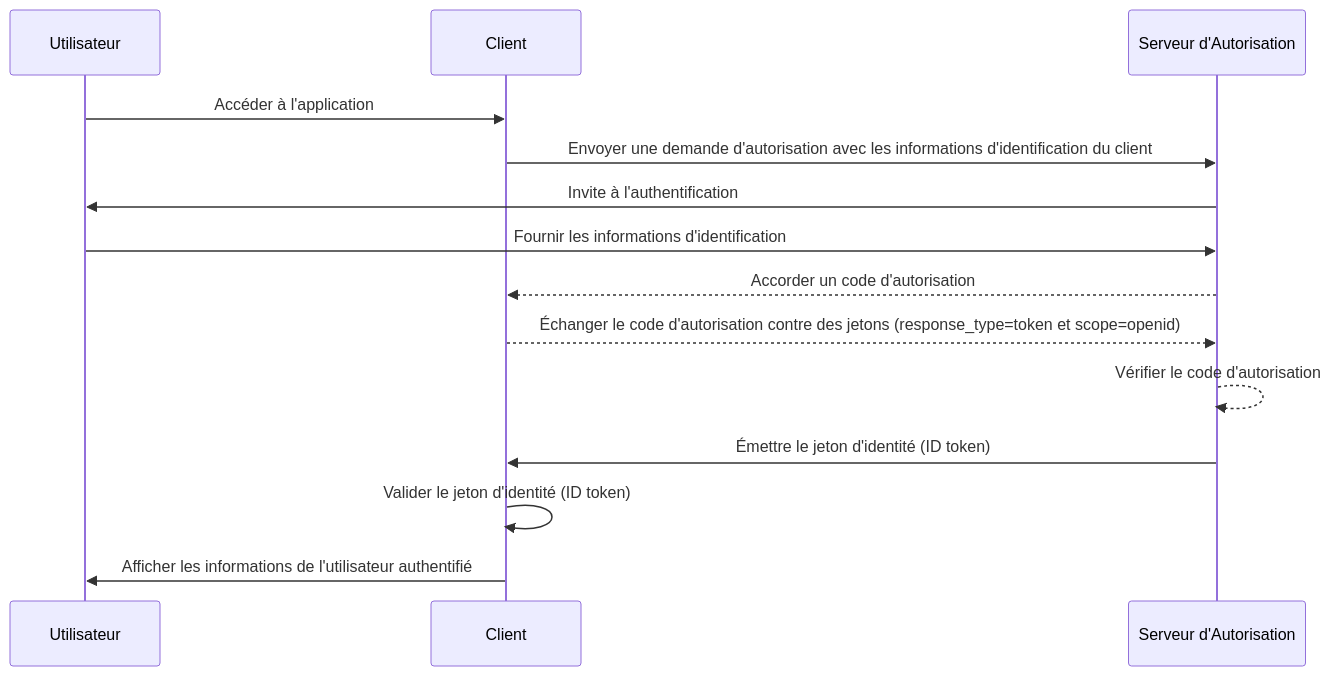
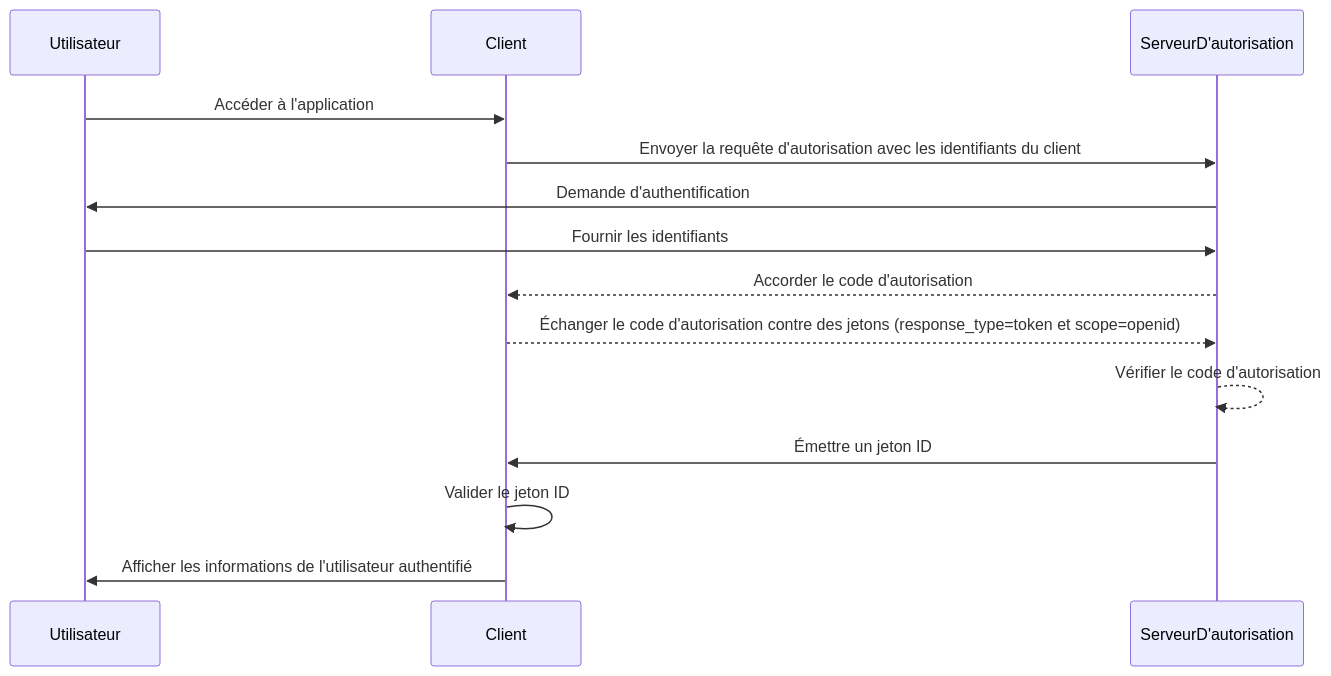
One commit to logto-io/auth-wiki changed the diagram in src/content/terms/fr/id-token.mdx. Above: the diagram before and after it, drawn with Mermaid. The commit also changed other lines of this file and 48 other files, not shown here.

````diff
--- a/src/content/terms/fr/id-token.mdx
+++ b/src/content/terms/fr/id-token.mdx
@@ -19,17 +19,17 @@
 ```mermaid
 sequenceDiagram
-    participant User as Utilisateur
-    participant Client as Client
-    participant AuthorizationServer as Serveur d'Autorisation
+    participant Utilisateur
+    participant Client
+    participant ServeurD'autorisation
 
-    User->>Client: Accéder à l'application
-    Client->>AuthorizationServer: Envoyer une demande d'autorisation avec les informations d'identification du client
-    AuthorizationServer->>User: Invite à l'authentification
-    User->>AuthorizationServer: Fournir les informations d'identification
-    AuthorizationServer-->>Client: Accorder un code d'autorisation
-    Client-->>AuthorizationServer: Échanger le code d'autorisation contre des jetons (response_type=token et scope=openid)
-    AuthorizationServer-->>AuthorizationServer: Vérifier le code d'autorisation
-    AuthorizationServer->>Client: Émettre le jeton d'identité (ID token)
-    Client->>Client: Valider le jeton d'identité (ID token)
-    Client->>User: Afficher les informations de l'utilisateur authentifié
+    Utilisateur->>Client: Accéder à l'application
+    Client->>ServeurD'autorisation: Envoyer la requête d'autorisation avec les identifiants du client
+    ServeurD'autorisation->>Utilisateur: Demande d'authentification
+    Utilisateur->>ServeurD'autorisation: Fournir les identifiants
+    ServeurD'autorisation-->>Client: Accorder le code d'autorisation
+    Client-->>ServeurD'autorisation: Échanger le code d'autorisation contre des jetons (response_type=token et scope=openid)
+    ServeurD'autorisation-->>ServeurD'autorisation: Vérifier le code d'autorisation
+    ServeurD'autorisation->>Client: Émettre un jeton ID
+    Client->>Client: Valider le jeton ID
+    Client->>Utilisateur: Afficher les informations de l'utilisateur authentifié
 ```
````
